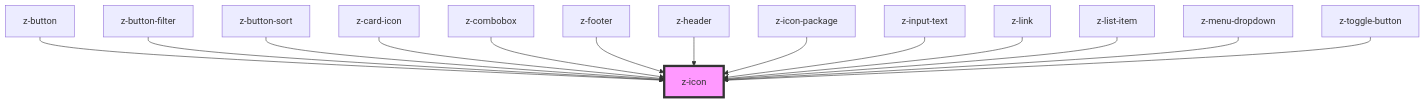
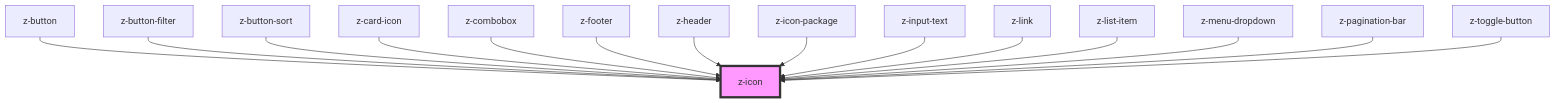
Before and after one commit to ZanichelliEditore/design-system: the diagram in web-components-library/src/components/z-icon/readme.md, drawn with Mermaid. The commit also changed other lines of this file and 10 other files, not shown here.

Commit message:
MYZ-6920 impostati pagination page e bar

````diff
--- a/web-components-library/src/components/z-icon/readme.md
+++ b/web-components-library/src/components/z-icon/readme.md
@@ -37,17 +38,18 @@
 ```mermaid
 graph TD;
   z-button --> z-icon
   z-button-filter --> z-icon
   z-button-sort --> z-icon
   z-card-icon --> z-icon
   z-combobox --> z-icon
   z-footer --> z-icon
   z-header --> z-icon
   z-icon-package --> z-icon
   z-input-text --> z-icon
   z-link --> z-icon
   z-list-item --> z-icon
   z-menu-dropdown --> z-icon
+  z-pagination-bar --> z-icon
   z-toggle-button --> z-icon
   style z-icon fill:#f9f,stroke:#333,stroke-width:4px
 ```
````
